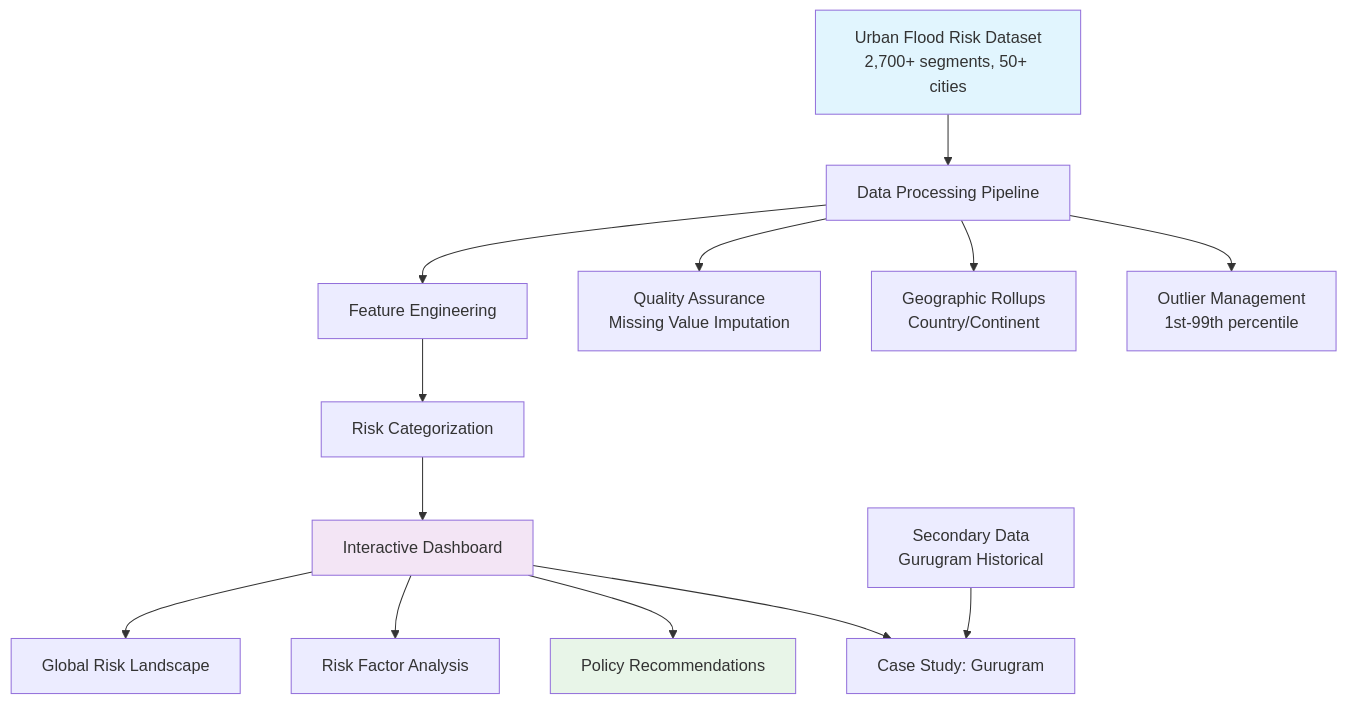
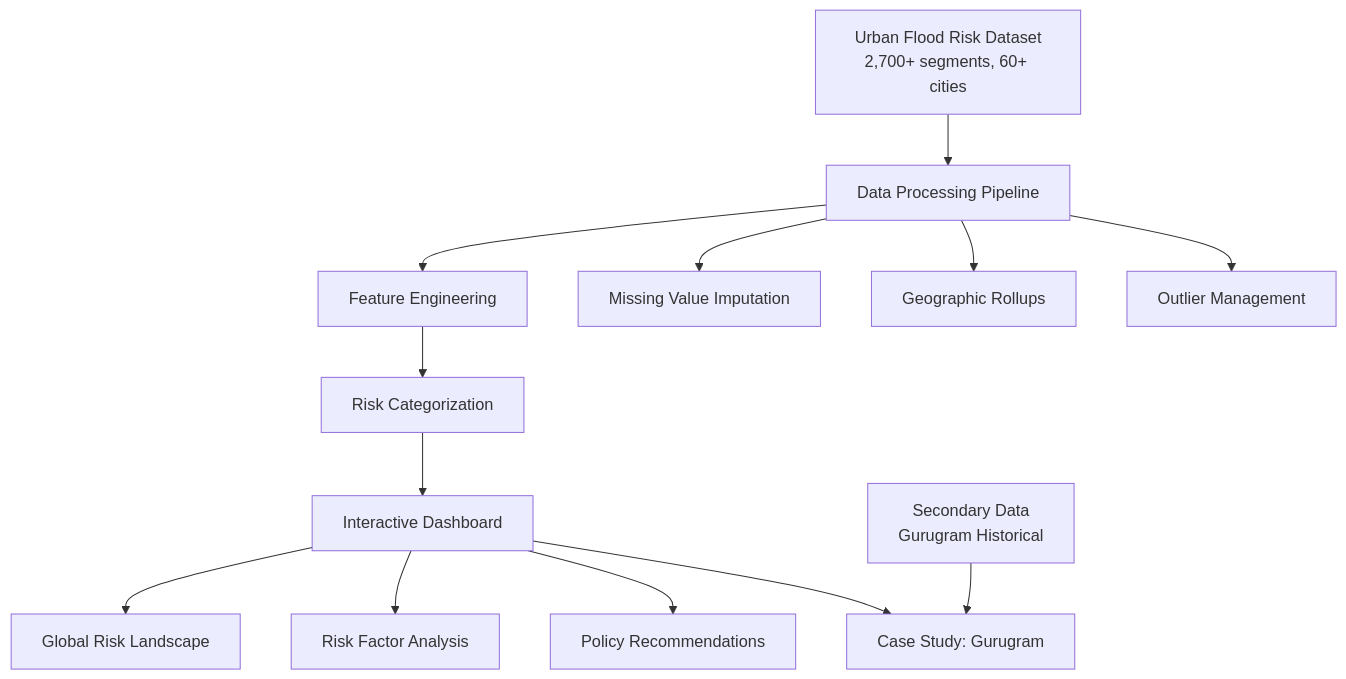
Before and after one commit to nikhil-shr-23/DeepData-2: the first of 4 diagrams in README.md, drawn with Mermaid. The commit also changed other lines of this file, not shown here.

````diff
--- a/README.md
+++ b/README.md
@@ -58,22 +58,19 @@
 ```mermaid
 graph TB
-    A[Urban Flood Risk Dataset<br/>2,700+ segments, 50+ cities] --> B[Data Processing Pipeline]
+    A[Urban Flood Risk Dataset<br/>2,700+ segments, 60+ cities] --> B[Data Processing Pipeline]
     B --> C[Feature Engineering]
     C --> D[Risk Categorization]
     D --> E[Interactive Dashboard]
     
-    B --> F[Quality Assurance<br/>Missing Value Imputation]
-    B --> G[Geographic Rollups<br/>Country/Continent]
-    B --> H[Outlier Management<br/>1st-99th percentile]
+    B --> F[Missing Value Imputation]
+    B --> G[Geographic Rollups]
+    B --> H[Outlier Management]
     
     E --> I[Global Risk Landscape]
     E --> J[Risk Factor Analysis]
     E --> K[Policy Recommendations]
     E --> L[Case Study: Gurugram]
     
     M[Secondary Data<br/>Gurugram Historical] --> L
-    
-    style A fill:#e1f5fe
-    style E fill:#f3e5f5
-    style K fill:#e8f5e8
+
 ```
````
